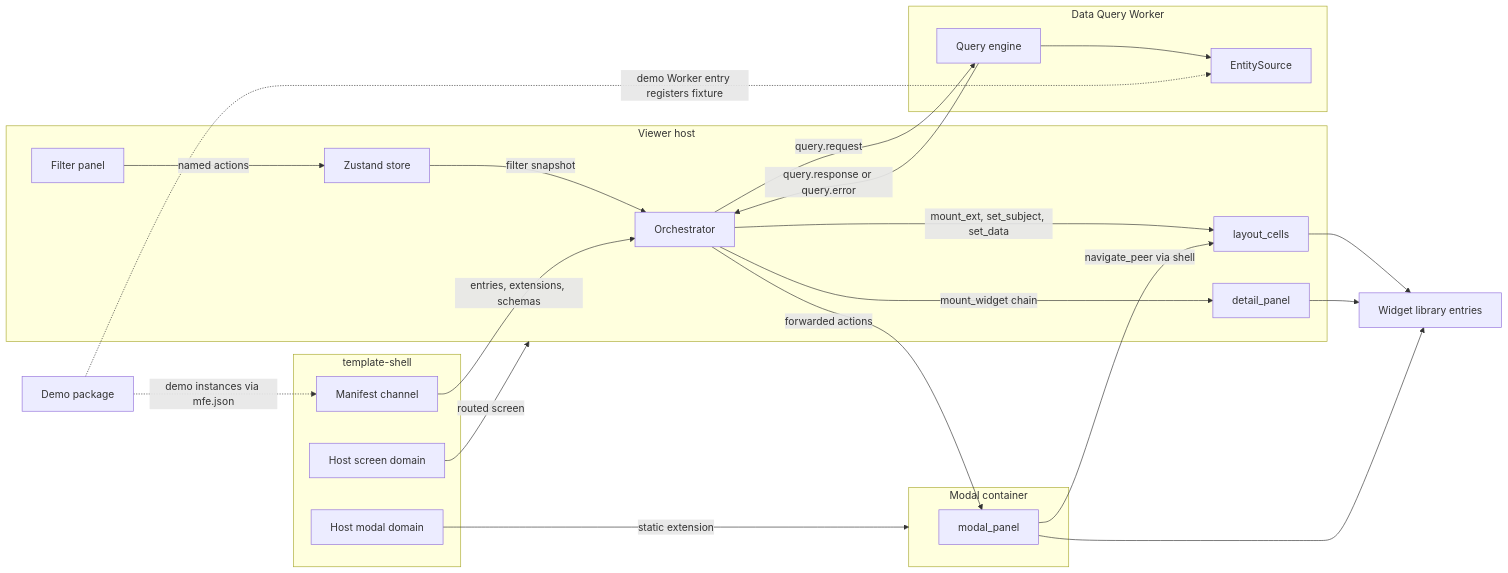
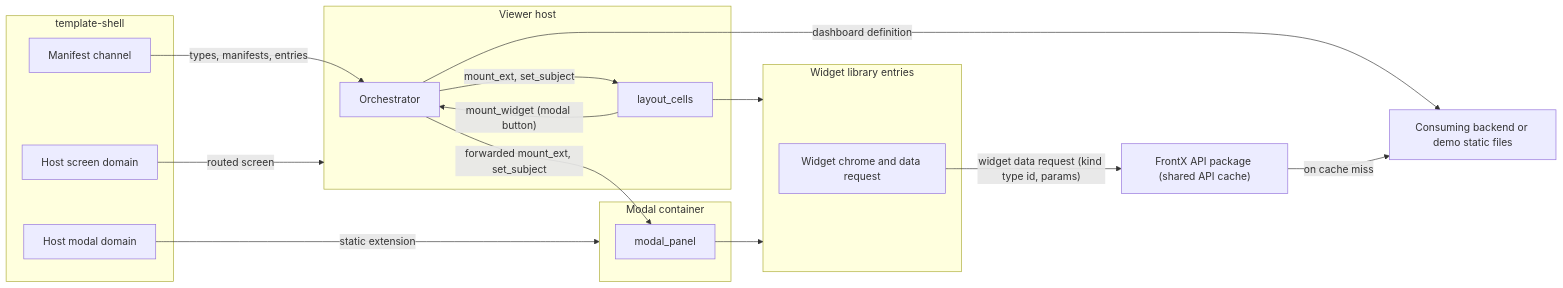
The second of 8 diagrams in template-dashboard/architecture/DESIGN.md (AndrejK666/gears-frontx-templates), drawn with Mermaid before and after one commit. The commit also changed other lines of this file and 36 other files, not shown here.

Commit message:
docs(template-dashboard): rename type-catalog IDs to domain-model, add nfr-large-table

````diff
--- a/template-dashboard/architecture/DESIGN.md
+++ b/template-dashboard/architecture/DESIGN.md
@@ -425,42 +370,32 @@
 ```mermaid
 graph LR
     subgraph Shell["template-shell"]
         SCR["Host screen domain"]
         POP["Host modal domain"]
         MAN["Manifest channel"]
     end
     subgraph VH["Viewer host"]
         ORC["Orchestrator"]
-        ST["Zustand store"]
-        FP["Filter panel"]
         LC["layout_cells"]
-        DP["detail_panel"]
-    end
-    subgraph DQW["Data Query Worker"]
-        Q["Query engine"]
-        ESRC["EntitySource"]
     end
     subgraph MC["Modal container"]
         MPD["modal_panel"]
     end
-    WL["Widget library entries"]
-    DEMO["Demo package"]
+    subgraph WL["Widget library entries"]
+        WC["Widget chrome and data request"]
+    end
+    API["FrontX API package (shared API cache)"]
+    BE["Consuming backend or demo static files"]
 
     SCR -- "routed screen" --> VH
     POP -- "static extension" --> MC
-    FP -- "named actions" --> ST
-    ST -- "filter snapshot" --> ORC
-    ORC -- "query.request" --> Q
-    Q -- "query.response or query.error" --> ORC
-    Q --> ESRC
-    ORC -- "mount_ext, set_subject, set_data" --> LC
-    ORC -- "mount_widget chain" --> DP
-    ORC -- "forwarded actions" --> MPD
-    MPD -- "navigate_peer via shell" --> LC
+    ORC -- "dashboard definition" --> BE
+    ORC -- "mount_ext, set_subject" --> LC
+    LC -- "mount_widget (modal button)" --> ORC
+    ORC -- "forwarded mount_ext, set_subject" --> MPD
     LC --> WL
-    DP --> WL
     MPD --> WL
-    MAN -- "entries, extensions, schemas" --> ORC
-    DEMO -. "demo instances via mfe.json" .-> MAN
-    DEMO -. "demo Worker entry registers fixture" .-> ESRC
+    WC -- "widget data request (kind type id, params)" --> API
+    API -- "on cache miss" --> BE
+    MAN -- "types, manifests, entries" --> ORC
 ```
````
